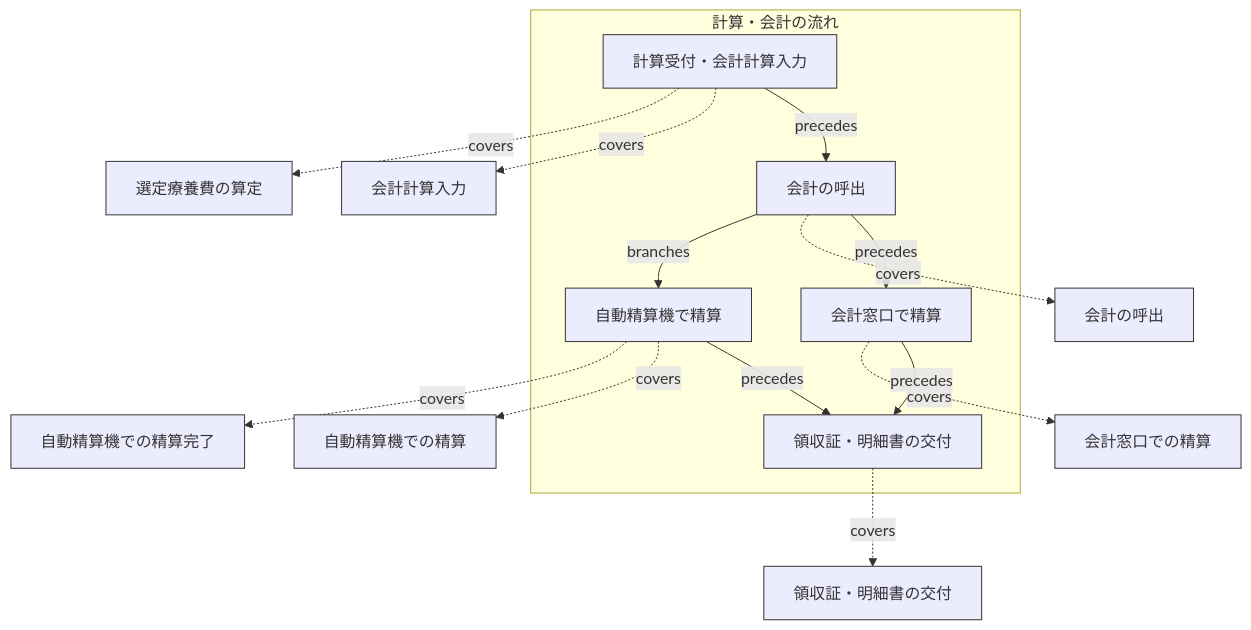
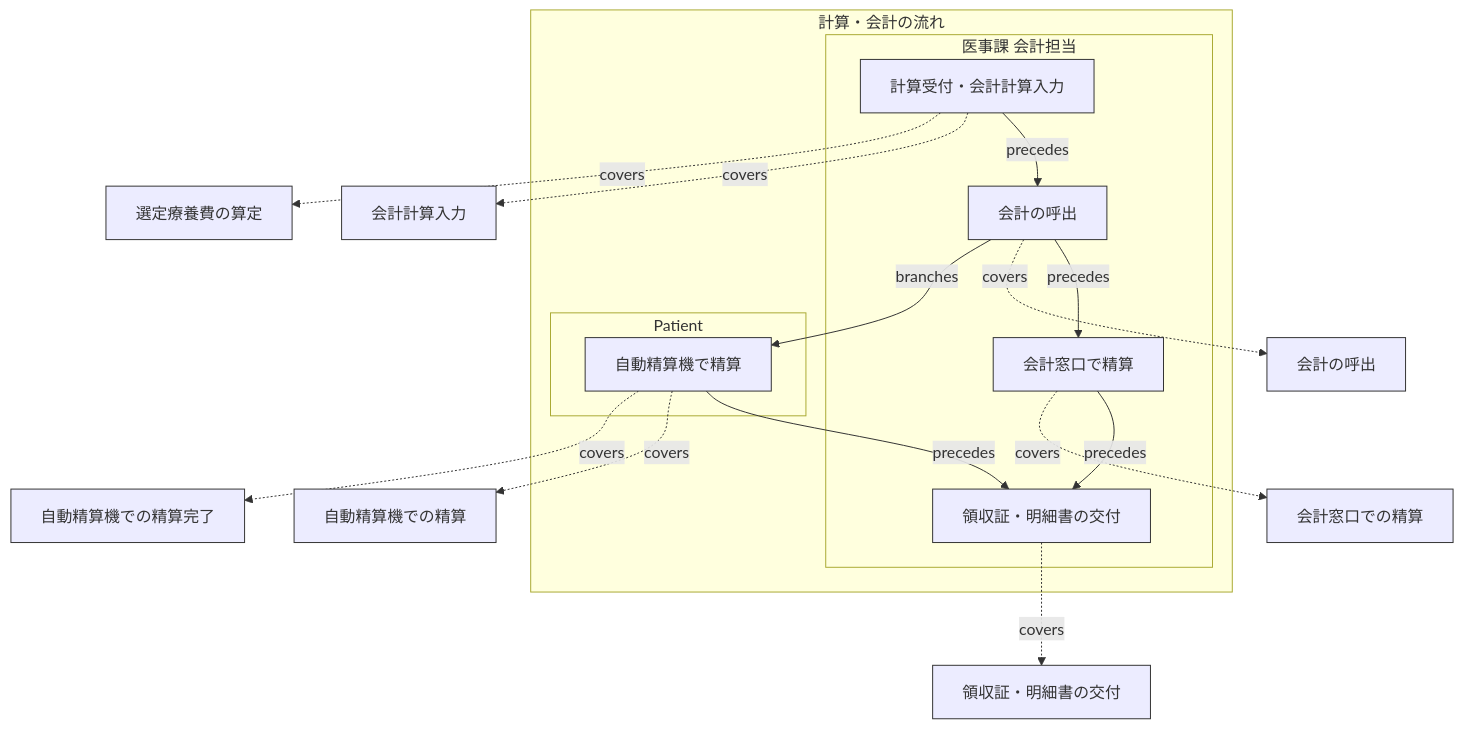
Diagram 16 of 27 in samples/clinic-ops/design-sample.md (manji-0/rdra-ish-dsl), drawn with Mermaid before and after one commit. The commit also changed other lines of this file and 33 other files, not shown here.

First line of the commit message:
docs(samples): give every clinic-ops BUC a business flow with actor lanes

````diff
--- a/samples/clinic-ops/design-sample.md
+++ b/samples/clinic-ops/design-sample.md
@@ -1423,36 +1730,43 @@
 ```mermaid
 %% rdra-ish diagram=flow scope=buc:BucVisitPayment model=samples/clinic-ops
-%% kinds: flow step usecase event
+%% kinds: flow step lane usecase event
 %% omitted: buc
 flowchart TD
   subgraph flow__VisitPaymentFlow["計算・会計の流れ"]
-    step__CalculationStep["計算受付・会計計算入力"]:::step
-    step__CallStep["会計の呼出"]:::step
-    step__KioskStep["自動精算機で精算"]:::step
-    step__ReceiptStep["領収証・明細書の交付"]:::step
-    step__WindowStep["会計窓口で精算"]:::step
+    subgraph lane__VisitPaymentFlow__AccountsClerk["医事課 会計担当"]
+      %% lane lane__VisitPaymentFlow__AccountsClerk: actor__AccountsClerk
+      step__CalculationStep["計算受付・会計計算入力"]:::step
+      step__CallStep["会計の呼出"]:::step
+      step__ReceiptStep["領収証・明細書の交付"]:::step
+      step__WindowStep["会計窓口で精算"]:::step
+    end
+    subgraph lane__VisitPaymentFlow__Patient["Patient"]
+      %% lane lane__VisitPaymentFlow__Patient: actor__Patient
+      step__KioskStep["自動精算機で精算"]:::step
+    end
   end
   usecase__ApplySelectedTreatmentFee["選定療養費の算定"]:::usecase
   usecase__CalculateVisitBill["会計計算入力"]:::usecase
   usecase__CallPatientForPayment["会計の呼出"]:::usecase
   usecase__IssueReceipt["領収証・明細書の交付"]:::usecase
   usecase__SettleAtKiosk["自動精算機での精算"]:::usecase
   usecase__SettleAtWindow["会計窓口での精算"]:::usecase
   event__EvPaymentSettled["自動精算機での精算完了"]:::event
   step__CalculationStep -.->|covers| usecase__ApplySelectedTreatmentFee
   step__CalculationStep -.->|covers| usecase__CalculateVisitBill
   step__CalculationStep -->|precedes| step__CallStep
   step__CallStep -->|branches| step__KioskStep
   step__CallStep -.->|covers| usecase__CallPatientForPayment
   step__CallStep -->|precedes| step__WindowStep
   step__KioskStep -.->|covers| event__EvPaymentSettled
   step__KioskStep -.->|covers| usecase__SettleAtKiosk
   step__KioskStep -->|precedes| step__ReceiptStep
   step__ReceiptStep -.->|covers| usecase__IssueReceipt
   step__WindowStep -.->|covers| usecase__SettleAtWindow
   step__WindowStep -->|precedes| step__ReceiptStep
   classDef flow stroke:#333;
   classDef step stroke:#333;
+  classDef lane stroke:#333;
   classDef usecase stroke:#333;
   classDef event stroke:#333;
 ```
````
